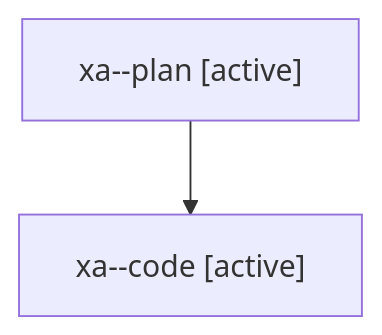
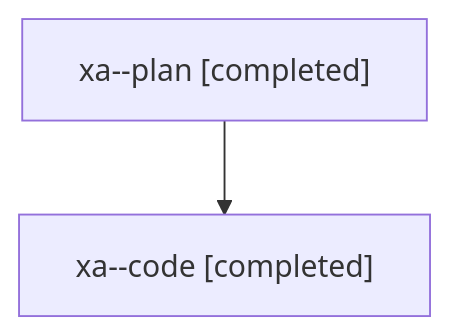
The diagram in families/bbugyi200.athena.xa.md (sase-org/sase--agents), drawn with Mermaid before and after one commit. The commit also changed other lines of this file and 2170 other files, not shown here.

````diff
--- a/families/bbugyi200.athena.xa.md
+++ b/families/bbugyi200.athena.xa.md
@@ -9,6 +9,6 @@
 ```mermaid
 flowchart TD
-  n0["xa--plan [active]"]
-  n1["xa--code [active]"]
+  n0["xa--plan [completed]"]
+  n1["xa--code [completed]"]
   n0 --> n1
 ```
````
